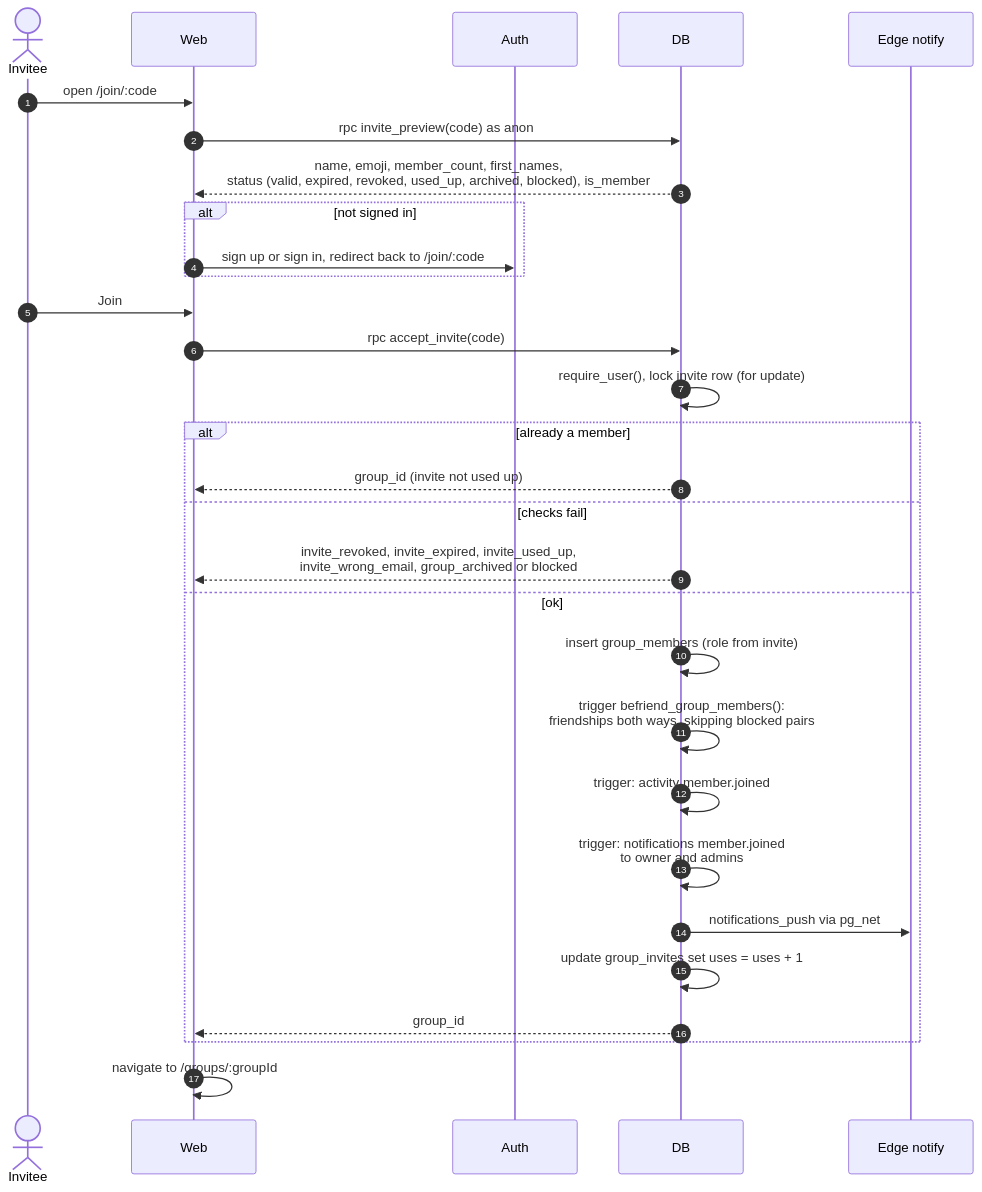
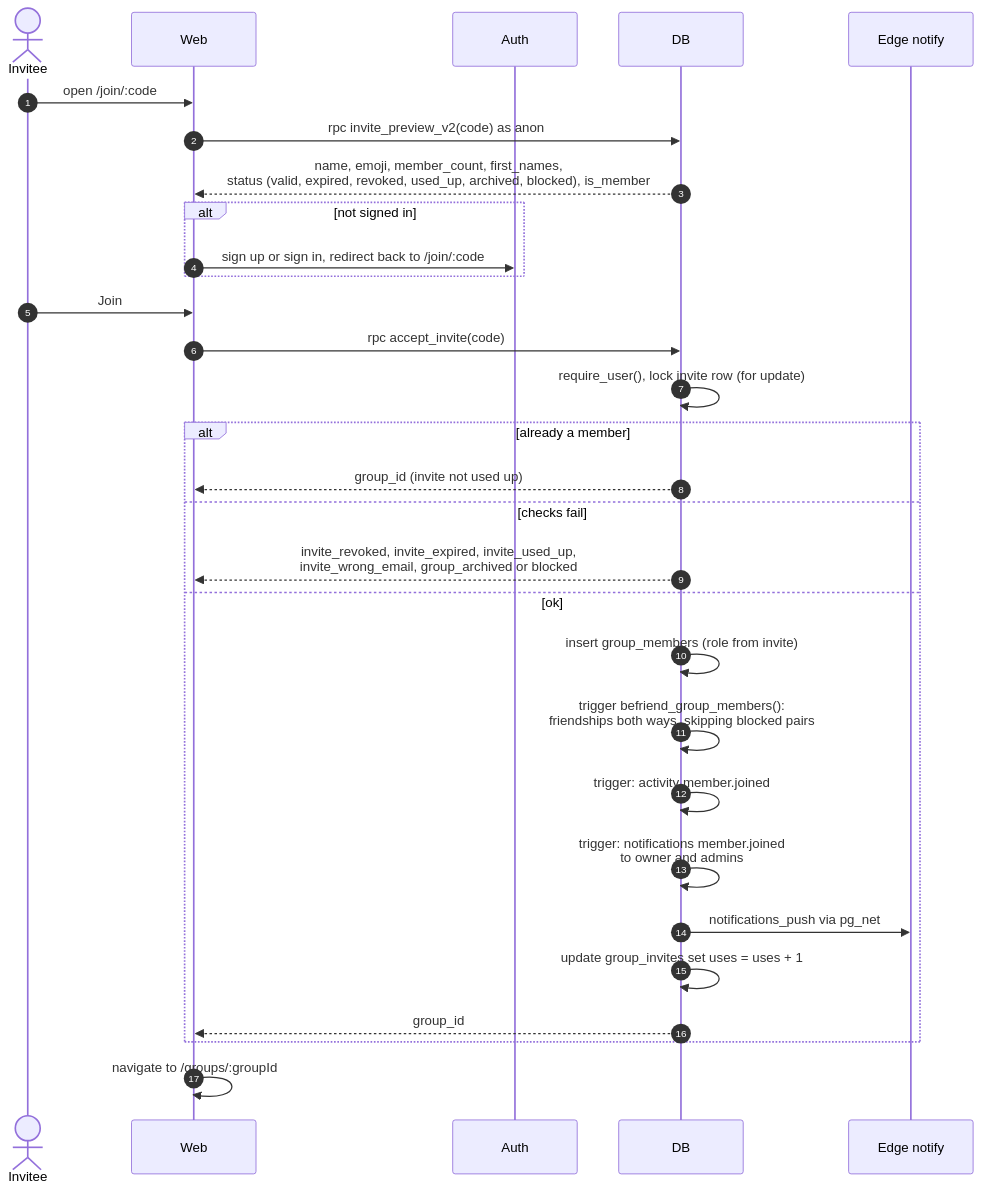
The third of 22 diagrams in docs/sequences.md (Fermulate/potluck), drawn with Mermaid before and after one commit. The commit also changed other lines of this file and 10 other files, not shown here.

Commit message:
docs: placeholders and friends in architecture, sequences, security and the parity matrix

````diff
--- a/docs/sequences.md
+++ b/docs/sequences.md
@@ -98,33 +100,33 @@
 ```mermaid
 sequenceDiagram
   autonumber
   actor G as Invitee
   participant W as Web
   participant A as Auth
   participant DB as DB
   participant E as Edge notify
 
   G->>W: open /join/:code
-  W->>DB: rpc invite_preview(code) as anon
+  W->>DB: rpc invite_preview_v2(code) as anon
   DB-->>W: name, emoji, member_count, first_names,<br/>status (valid, expired, revoked, used_up, archived, blocked), is_member
   alt not signed in
     W->>A: sign up or sign in, redirect back to /join/:code
   end
   G->>W: Join
   W->>DB: rpc accept_invite(code)
   DB->>DB: require_user(), lock invite row (for update)
   alt already a member
     DB-->>W: group_id (invite not used up)
   else checks fail
     DB-->>W: invite_revoked, invite_expired, invite_used_up,<br/>invite_wrong_email, group_archived or blocked
   else ok
     DB->>DB: insert group_members (role from invite)
     DB->>DB: trigger befriend_group_members():<br/>friendships both ways, skipping blocked pairs
     DB->>DB: trigger: activity member.joined
     DB->>DB: trigger: notifications member.joined<br/>to owner and admins
     DB->>E: notifications_push via pg_net
     DB->>DB: update group_invites set uses = uses + 1
     DB-->>W: group_id
   end
   W->>W: navigate to /groups/:groupId
 ```
````
